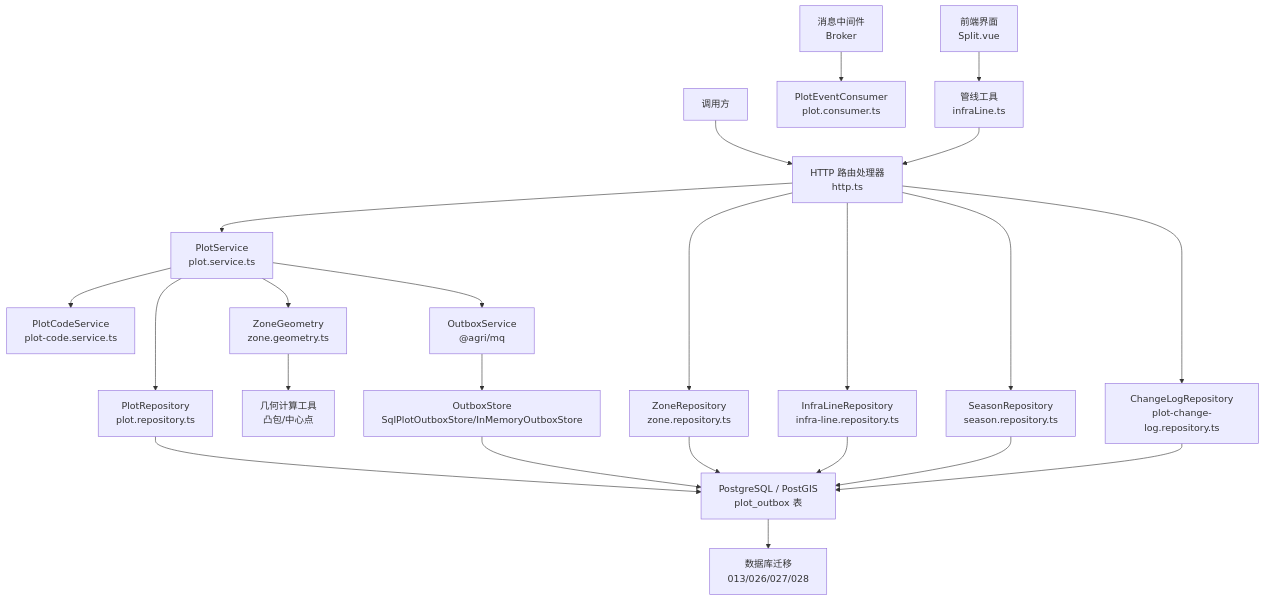
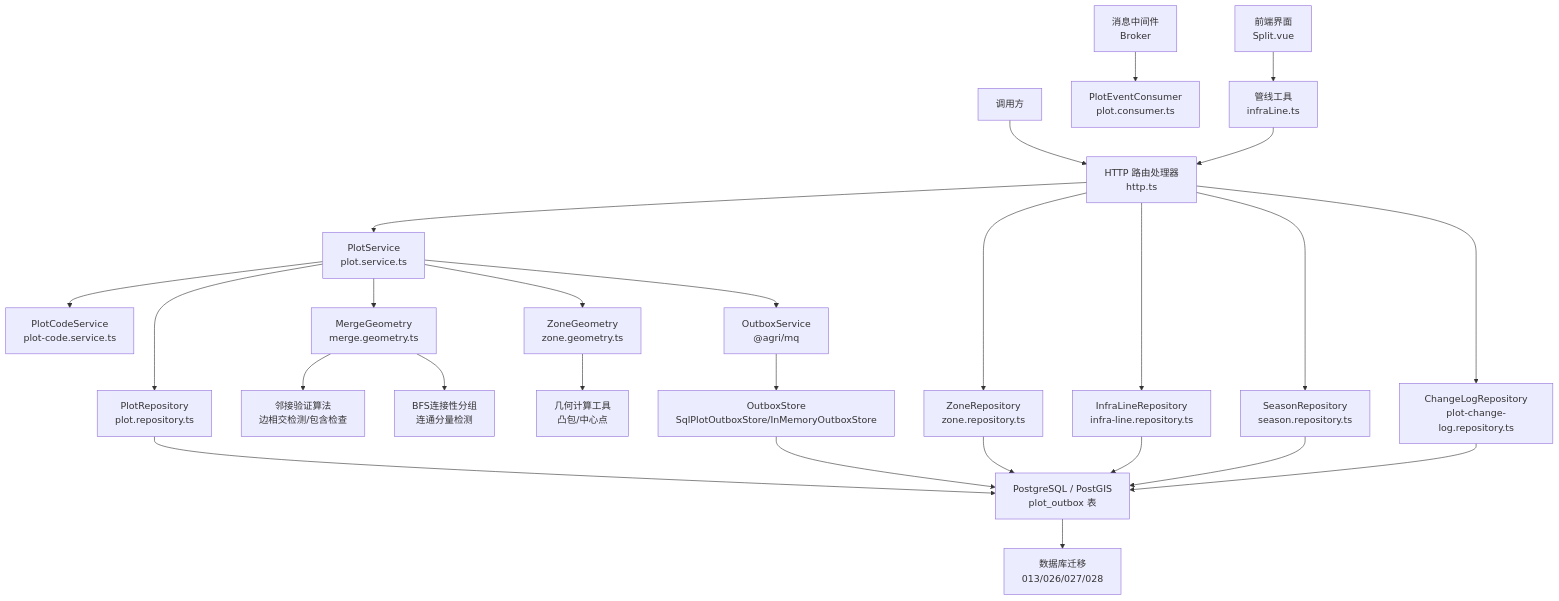
Before and after one commit to q446328246/agri-platform: the first of 15 diagrams in .qoder/repowiki/zh/content/核心服务文档/地块管理服务.md, drawn with Mermaid. The commit also changed other lines of this file and 35 other files, not shown here.

````diff
--- a/.qoder/repowiki/zh/content/核心服务文档/地块管理服务.md
+++ b/.qoder/repowiki/zh/content/核心服务文档/地块管理服务.md
@@ -85,25 +86,28 @@
 ```mermaid
 graph TB
 Client["调用方"] --> HTTP["HTTP 路由处理器<br/>http.ts"]
 HTTP --> Service["PlotService<br/>plot.service.ts"]
 HTTP --> ZoneRepo["ZoneRepository<br/>zone.repository.ts"]
 HTTP --> InfraLineRepo["InfraLineRepository<br/>infra-line.repository.ts"]
 HTTP --> SeasonRepo["SeasonRepository<br/>season.repository.ts"]
 HTTP --> ChangeLogRepo["ChangeLogRepository<br/>plot-change-log.repository.ts"]
 Service --> Code["PlotCodeService<br/>plot-code.service.ts"]
 Service --> Repo["PlotRepository<br/>plot.repository.ts"]
+Service --> MergeGeom["MergeGeometry<br/>merge.geometry.ts"]
 Service --> Geometry["ZoneGeometry<br/>zone.geometry.ts"]
 Service --> Outbox["OutboxService<br/>@agri/mq"]
+MergeGeom --> Adjacency["邻接验证算法<br/>边相交检测/包含检查"]
+MergeGeom --> BFS["BFS连接性分组<br/>连通分量检测"]
 Outbox --> OutboxStore["OutboxStore<br/>SqlPlotOutboxStore/InMemoryOutboxStore"]
 OutboxStore --> DB["PostgreSQL / PostGIS<br/>plot_outbox 表"]
 MQ["消息中间件<br/>Broker"] --> Consumer["PlotEventConsumer<br/>plot.consumer.ts"]
 Repo --> DB
 ZoneRepo --> DB
 InfraLineRepo --> DB
 SeasonRepo --> DB
 ChangeLogRepo --> DB
 Geometry --> Utils["几何计算工具<br/>凸包/中心点"]
 DB --> Migration["数据库迁移<br/>013/026/027/028"]
 Frontend["前端界面<br/>Split.vue"] --> WebUtils["管线工具<br/>infraLine.ts"]
 WebUtils --> HTTP
 ```
````
